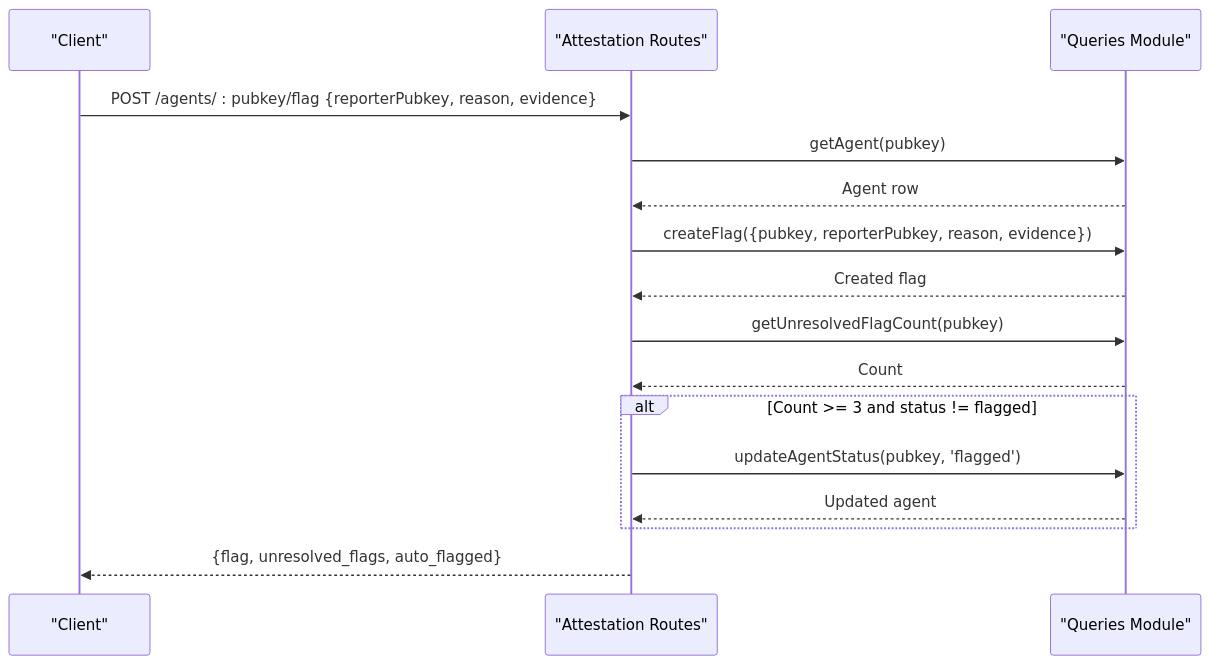
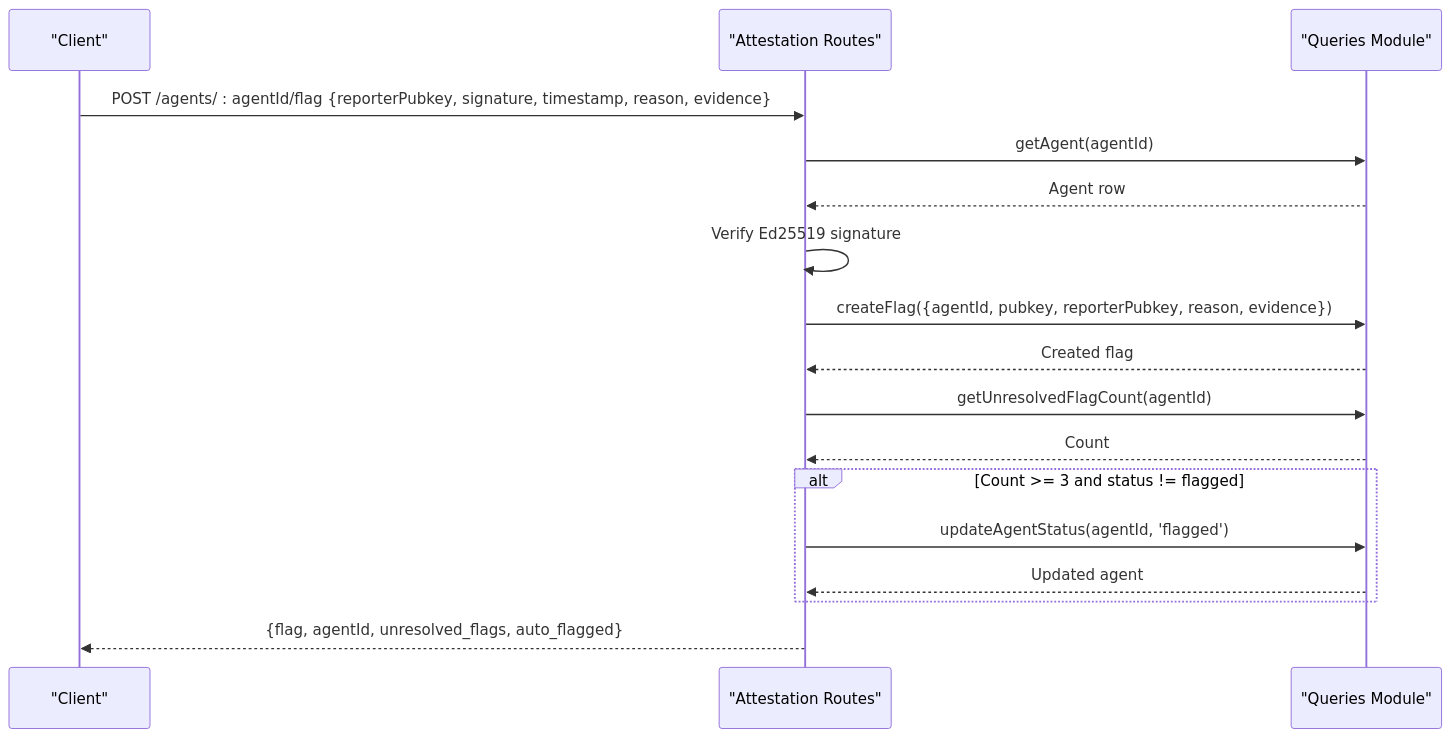
The eighth of 10 diagrams in .qoder/repowiki/en/content/Backend API Reference/Discovery & Registry Endpoints.md (RunTimeAdmin/AgentID), drawn with Mermaid before and after one commit. The commit also changed other lines of this file and 31 other files, not shown here.

````diff
--- a/.qoder/repowiki/en/content/Backend API Reference/Discovery & Registry Endpoints.md
+++ b/.qoder/repowiki/en/content/Backend API Reference/Discovery & Registry Endpoints.md
@@ -317,18 +367,19 @@
 ```mermaid
 sequenceDiagram
 participant Client as "Client"
 participant Flags as "Attestation Routes"
 participant Queries as "Queries Module"
-Client->>Flags : POST /agents/ : pubkey/flag {reporterPubkey, reason, evidence}
-Flags->>Queries : getAgent(pubkey)
+Client->>Flags : POST /agents/ : agentId/flag {reporterPubkey, signature, timestamp, reason, evidence}
+Flags->>Queries : getAgent(agentId)
 Queries-->>Flags : Agent row
-Flags->>Queries : createFlag({pubkey, reporterPubkey, reason, evidence})
+Flags->>Flags : Verify Ed25519 signature
+Flags->>Queries : createFlag({agentId, pubkey, reporterPubkey, reason, evidence})
 Queries-->>Flags : Created flag
-Flags->>Queries : getUnresolvedFlagCount(pubkey)
+Flags->>Queries : getUnresolvedFlagCount(agentId)
 Queries-->>Flags : Count
 alt Count >= 3 and status != flagged
-Flags->>Queries : updateAgentStatus(pubkey, 'flagged')
+Flags->>Queries : updateAgentStatus(agentId, 'flagged')
 Queries-->>Flags : Updated agent
 end
-Flags-->>Client : {flag, unresolved_flags, auto_flagged}
+Flags-->>Client : {flag, agentId, unresolved_flags, auto_flagged}
 ```
````
